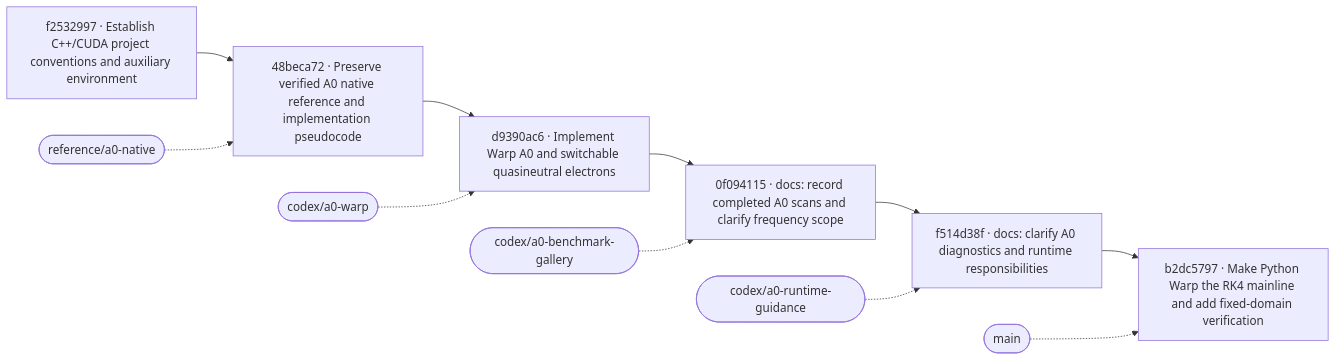
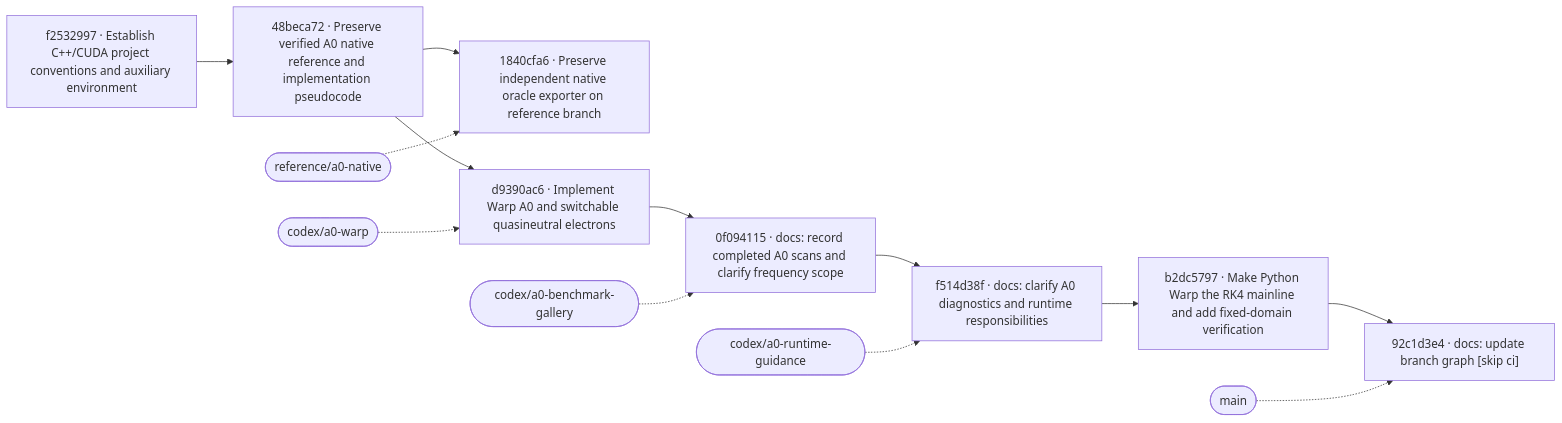
Before and after one commit to ziyu59151/fomhd: the diagram in docs/BRANCH_GRAPH.md, drawn with Mermaid. The commit also changed other lines of this file, not shown here.

Commit message:
docs: update branch graph [skip ci]

````diff
--- a/docs/BRANCH_GRAPH.md
+++ b/docs/BRANCH_GRAPH.md
@@ -12,25 +12,31 @@
 ```mermaid
 flowchart LR
   cf25329978364763a695bd185e986a6c0255f5df6["f2532997 · Establish C++/CUDA project conventions and auxiliary environment"]
   click cf25329978364763a695bd185e986a6c0255f5df6 "https://github.com/ziyu59151/fomhd/commit/f25329978364763a695bd185e986a6c0255f5df6"
   c48beca72d3b7260673d6a6823cbbd2b7fcb90581["48beca72 · Preserve verified A0 native reference and implementation pseudocode"]
   cf25329978364763a695bd185e986a6c0255f5df6 --> c48beca72d3b7260673d6a6823cbbd2b7fcb90581
   click c48beca72d3b7260673d6a6823cbbd2b7fcb90581 "https://github.com/ziyu59151/fomhd/commit/48beca72d3b7260673d6a6823cbbd2b7fcb90581"
+  c1840cfa60e3b29401c9ea55a4ee8876351f582c1["1840cfa6 · Preserve independent native oracle exporter on reference branch"]
+  c48beca72d3b7260673d6a6823cbbd2b7fcb90581 --> c1840cfa60e3b29401c9ea55a4ee8876351f582c1
+  click c1840cfa60e3b29401c9ea55a4ee8876351f582c1 "https://github.com/ziyu59151/fomhd/commit/1840cfa60e3b29401c9ea55a4ee8876351f582c1"
   cd9390ac65657974a1cbf7819b9c79b35e2cecd03["d9390ac6 · Implement Warp A0 and switchable quasineutral electrons"]
   c48beca72d3b7260673d6a6823cbbd2b7fcb90581 --> cd9390ac65657974a1cbf7819b9c79b35e2cecd03
   click cd9390ac65657974a1cbf7819b9c79b35e2cecd03 "https://github.com/ziyu59151/fomhd/commit/d9390ac65657974a1cbf7819b9c79b35e2cecd03"
   c0f094115c385781c0356b333dc545539c2ed43d8["0f094115 · docs: record completed A0 scans and clarify frequency scope"]
   cd9390ac65657974a1cbf7819b9c79b35e2cecd03 --> c0f094115c385781c0356b333dc545539c2ed43d8
   click c0f094115c385781c0356b333dc545539c2ed43d8 "https://github.com/ziyu59151/fomhd/commit/0f094115c385781c0356b333dc545539c2ed43d8"
   cf514d38fd4f51a92ca93f68035896675b11dffe1["f514d38f · docs: clarify A0 diagnostics and runtime responsibilities"]
   c0f094115c385781c0356b333dc545539c2ed43d8 --> cf514d38fd4f51a92ca93f68035896675b11dffe1
   click cf514d38fd4f51a92ca93f68035896675b11dffe1 "https://github.com/ziyu59151/fomhd/commit/f514d38fd4f51a92ca93f68035896675b11dffe1"
   cb2dc5797fbe11ef32bb0e42d1b52a411591370e8["b2dc5797 · Make Python Warp the RK4 mainline and add fixed-domain verification"]
   cf514d38fd4f51a92ca93f68035896675b11dffe1 --> cb2dc5797fbe11ef32bb0e42d1b52a411591370e8
   click cb2dc5797fbe11ef32bb0e42d1b52a411591370e8 "https://github.com/ziyu59151/fomhd/commit/b2dc5797fbe11ef32bb0e42d1b52a411591370e8"
+  c92c1d3e461424018ac85b1bc71deb5904caf838e["92c1d3e4 · docs: update branch graph [skip ci]"]
+  cb2dc5797fbe11ef32bb0e42d1b52a411591370e8 --> c92c1d3e461424018ac85b1bc71deb5904caf838e
+  click c92c1d3e461424018ac85b1bc71deb5904caf838e "https://github.com/ziyu59151/fomhd/commit/92c1d3e461424018ac85b1bc71deb5904caf838e"
   b0(["codex/a0-benchmark-gallery"]) -.-> c0f094115c385781c0356b333dc545539c2ed43d8
   b1(["codex/a0-runtime-guidance"]) -.-> cf514d38fd4f51a92ca93f68035896675b11dffe1
   b2(["codex/a0-warp"]) -.-> cd9390ac65657974a1cbf7819b9c79b35e2cecd03
-  b3(["main"]) -.-> cb2dc5797fbe11ef32bb0e42d1b52a411591370e8
-  b4(["reference/a0-native"]) -.-> c48beca72d3b7260673d6a6823cbbd2b7fcb90581
+  b3(["main"]) -.-> c92c1d3e461424018ac85b1bc71deb5904caf838e
+  b4(["reference/a0-native"]) -.-> c1840cfa60e3b29401c9ea55a4ee8876351f582c1
 ```
````
